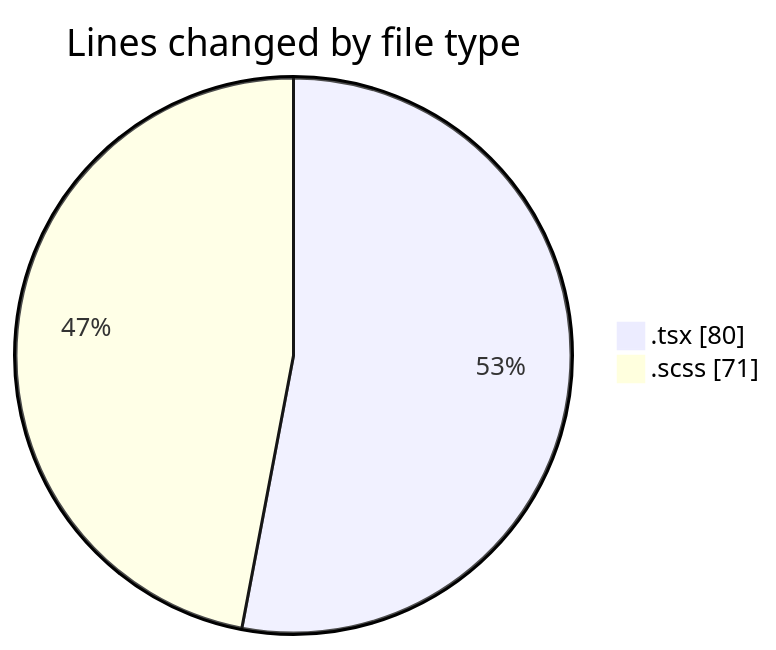
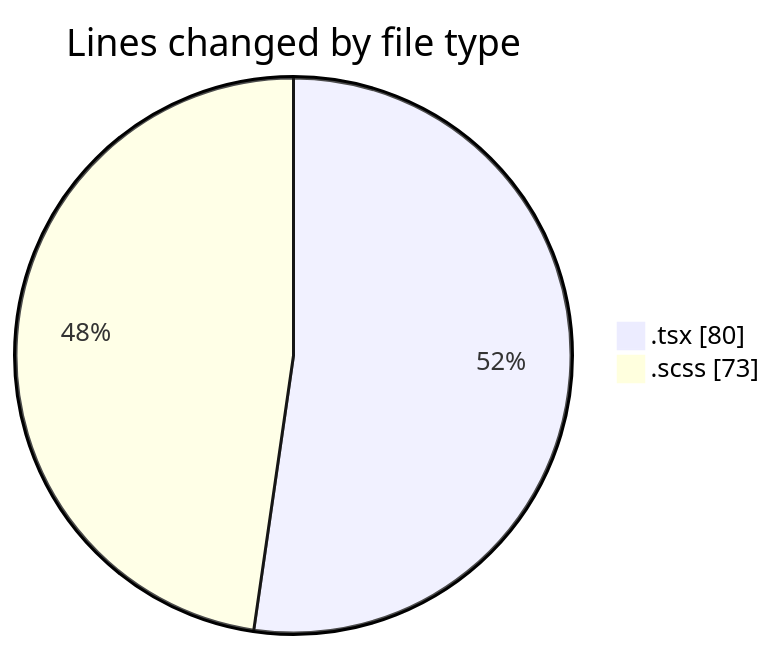
One commit to momahboobian/code-tracking changed the first of 2 diagrams in 2026-04-16/cda/README.md. Above: the diagram before and after it, drawn with Mermaid. The commit also changed other lines of this file and 1 other file, not shown here.

````diff
--- a/2026-04-16/cda/README.md
+++ b/2026-04-16/cda/README.md
@@ -22,6 +22,6 @@
 ```mermaid
 pie showData
 title Lines changed by file type
 ".tsx" : 80
-".scss" : 71
+".scss" : 73
 ```
````
